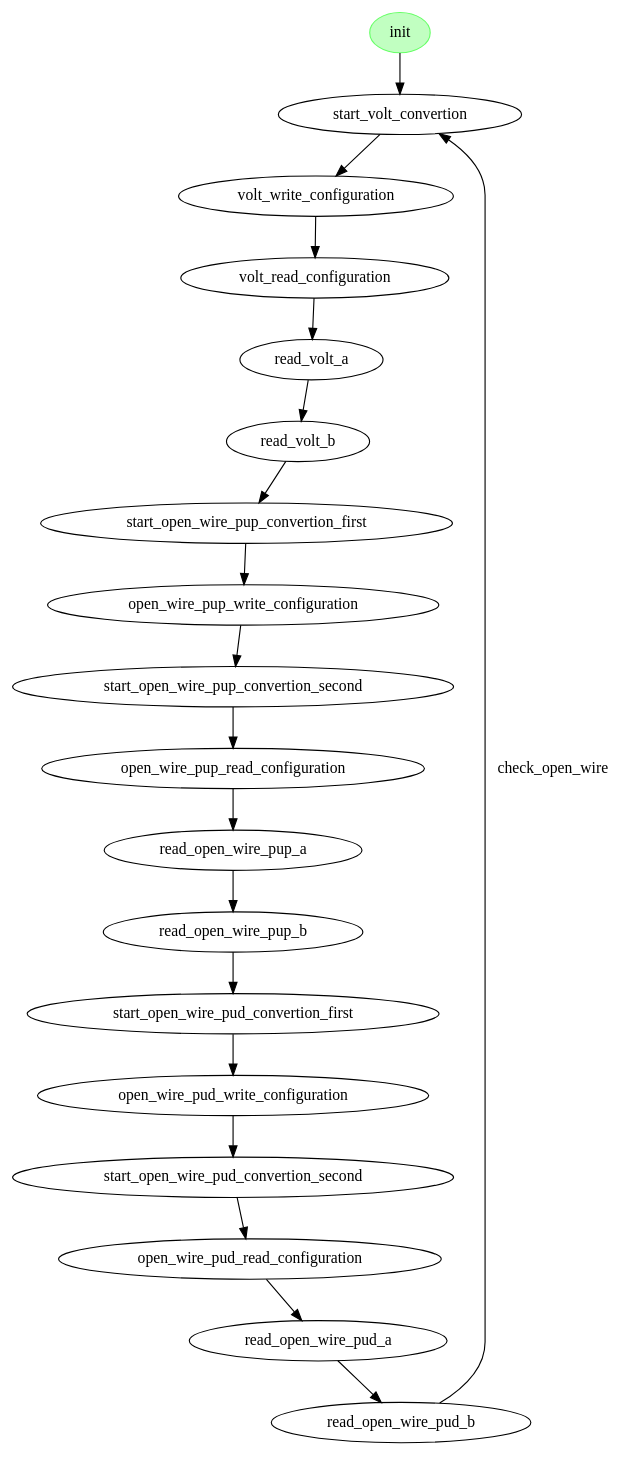
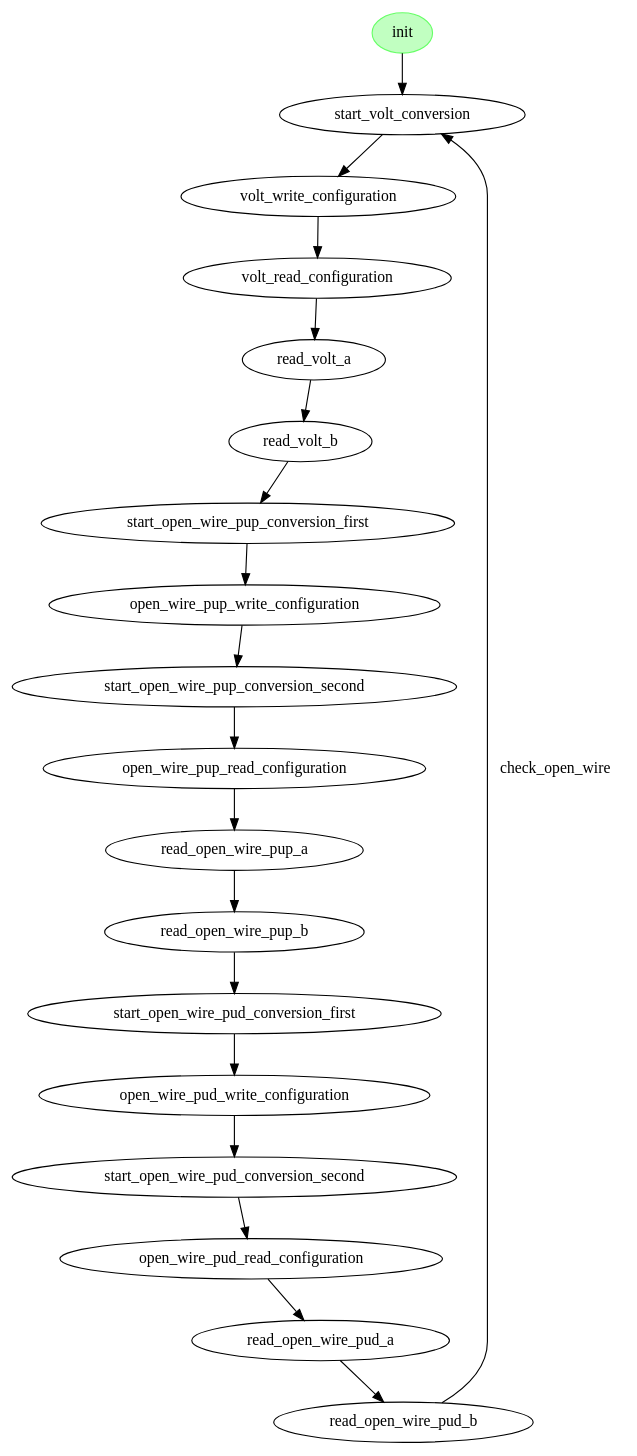
Before and after one commit to eagletrt/lv-bms-sw: the diagram in assets/bms_monitor_fsm/bms_monitor_fsm.dot, drawn with Graphviz. The commit also changed 3 other files, not shown here.

```diff
--- a/assets/bms_monitor_fsm/bms_monitor_fsm.dot
+++ b/assets/bms_monitor_fsm/bms_monitor_fsm.dot
@@ -1,48 +1,48 @@
 digraph "gv_fsm example" {
     bgcolor="white"
     layout="dot"
     center=true
     concentrate=false
 
     init [
         style="filled"
         color="#66ff66"
         fillcolor="#c1ffc1"
     ]
-    start_volt_convertion
+    start_volt_conversion
     volt_write_configuration
     volt_read_configuration
     read_volt_a
     read_volt_b
-    start_open_wire_pup_convertion_first
+    start_open_wire_pup_conversion_first
     open_wire_pup_write_configuration
-    start_open_wire_pup_convertion_second
+    start_open_wire_pup_conversion_second
     open_wire_pup_read_configuration
     read_open_wire_pup_a
     read_open_wire_pup_b
-    start_open_wire_pud_convertion_first
+    start_open_wire_pud_conversion_first
     open_wire_pud_write_configuration
-    start_open_wire_pud_convertion_second
+    start_open_wire_pud_conversion_second
     open_wire_pud_read_configuration
     read_open_wire_pud_a
     read_open_wire_pud_b
 
-    init -> start_volt_convertion
-    start_volt_convertion -> volt_write_configuration
+    init -> start_volt_conversion
+    start_volt_conversion -> volt_write_configuration
     volt_write_configuration -> volt_read_configuration
     volt_read_configuration -> read_volt_a
     read_volt_a -> read_volt_b
-    read_volt_b -> start_open_wire_pup_convertion_first
-    start_open_wire_pup_convertion_first -> open_wire_pup_write_configuration
-    open_wire_pup_write_configuration -> start_open_wire_pup_convertion_second
-    start_open_wire_pup_convertion_second -> open_wire_pup_read_configuration
+    read_volt_b -> start_open_wire_pup_conversion_first
+    start_open_wire_pup_conversion_first -> open_wire_pup_write_configuration
+    open_wire_pup_write_configuration -> start_open_wire_pup_conversion_second
+    start_open_wire_pup_conversion_second -> open_wire_pup_read_configuration
     open_wire_pup_read_configuration -> read_open_wire_pup_a
     read_open_wire_pup_a -> read_open_wire_pup_b
-    read_open_wire_pup_b -> start_open_wire_pud_convertion_first
-    start_open_wire_pud_convertion_first -> open_wire_pud_write_configuration
-    open_wire_pud_write_configuration -> start_open_wire_pud_convertion_second
-    start_open_wire_pud_convertion_second -> open_wire_pud_read_configuration
+    read_open_wire_pup_b -> start_open_wire_pud_conversion_first
+    start_open_wire_pud_conversion_first -> open_wire_pud_write_configuration
+    open_wire_pud_write_configuration -> start_open_wire_pud_conversion_second
+    start_open_wire_pud_conversion_second -> open_wire_pud_read_configuration
     open_wire_pud_read_configuration -> read_open_wire_pud_a
     read_open_wire_pud_a -> read_open_wire_pud_b
-    read_open_wire_pud_b -> start_volt_convertion [label="check_open_wire"]
+    read_open_wire_pud_b -> start_volt_conversion [label="check_open_wire"]
 }
```
